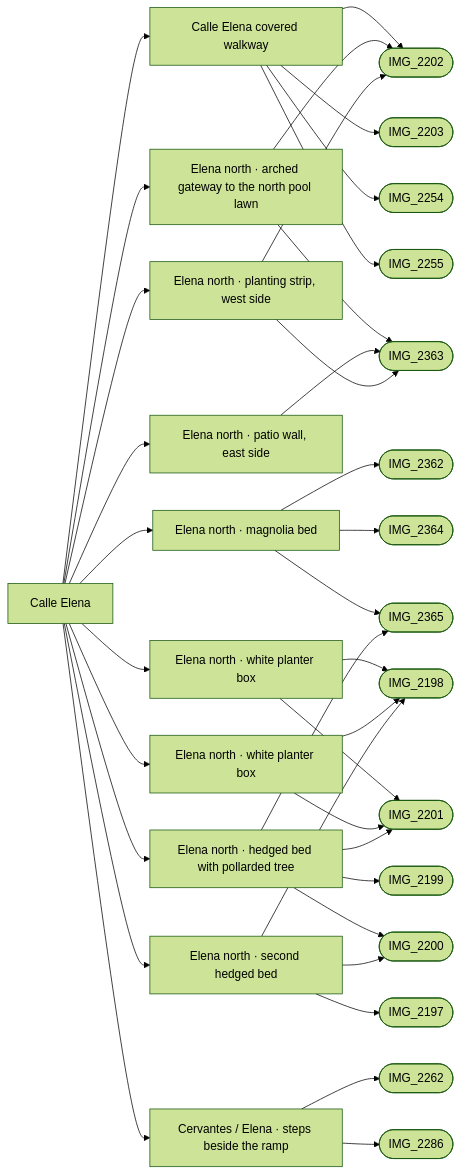
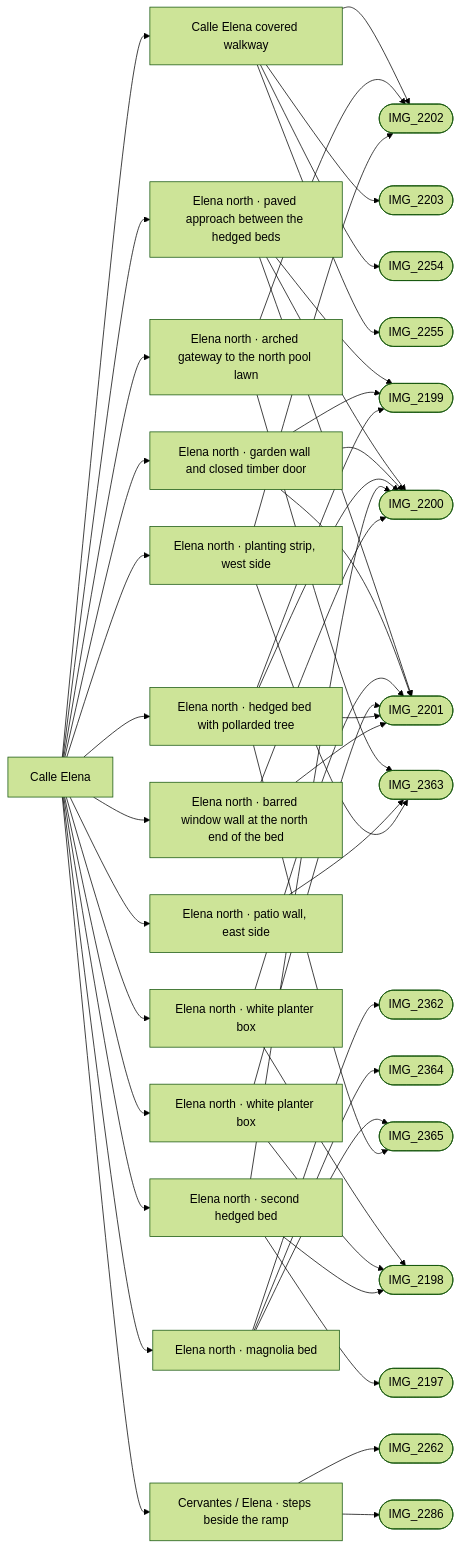
Before and after one commit to daveyboyc/villacana-venture: the diagram in refs/areas/elena.md, drawn with Mermaid (forest theme). The commit also changed other lines of this file and 16 other files, not shown here.

Commit message:
feat: add photo-backed Elena garden door approach

````diff
--- a/refs/areas/elena.md
+++ b/refs/areas/elena.md
@@ -42,39 +43,50 @@
 ```mermaid
 graph LR
   A["Calle Elena"]
   A --> F0["Calle Elena covered walkway"]
   F0 --> PIMG_2202_jpg(["IMG_2202"])
   F0 --> PIMG_2203_jpg(["IMG_2203"])
   F0 --> PIMG_2254_jpg(["IMG_2254"])
   F0 --> PIMG_2255_jpg(["IMG_2255"])
-  A --> F1["Elena north · arched gateway to the north pool lawn"]
-  F1 --> PIMG_2202_jpg(["IMG_2202"])
-  F1 --> PIMG_2363_jpg(["IMG_2363"])
-  A --> F2["Elena north · magnolia bed"]
-  F2 --> PIMG_2362_jpg(["IMG_2362"])
-  F2 --> PIMG_2364_jpg(["IMG_2364"])
-  F2 --> PIMG_2365_jpg(["IMG_2365"])
-  A --> F3["Elena north · patio wall, east side"]
+  A --> F1["Elena north · paved approach between the hedged beds"]
+  F1 --> PIMG_2199_jpg(["IMG_2199"])
+  F1 --> PIMG_2200_jpg(["IMG_2200"])
+  F1 --> PIMG_2201_jpg(["IMG_2201"])
+  A --> F2["Elena north · garden wall and closed timber door"]
+  F2 --> PIMG_2199_jpg(["IMG_2199"])
+  F2 --> PIMG_2200_jpg(["IMG_2200"])
+  F2 --> PIMG_2201_jpg(["IMG_2201"])
+  A --> F3["Elena north · arched gateway to the north pool lawn"]
+  F3 --> PIMG_2202_jpg(["IMG_2202"])
   F3 --> PIMG_2363_jpg(["IMG_2363"])
-  A --> F4["Elena north · white planter box"]
-  F4 --> PIMG_2198_jpg(["IMG_2198"])
-  F4 --> PIMG_2201_jpg(["IMG_2201"])
-  A --> F5["Elena north · white planter box"]
-  F5 --> PIMG_2198_jpg(["IMG_2198"])
-  F5 --> PIMG_2201_jpg(["IMG_2201"])
-  A --> F6["Elena north · planting strip, west side"]
-  F6 --> PIMG_2202_jpg(["IMG_2202"])
-  F6 --> PIMG_2363_jpg(["IMG_2363"])
-  A --> F7["Elena north · hedged bed with pollarded tree"]
-  F7 --> PIMG_2199_jpg(["IMG_2199"])
-  F7 --> PIMG_2200_jpg(["IMG_2200"])
+  A --> F4["Elena north · magnolia bed"]
+  F4 --> PIMG_2362_jpg(["IMG_2362"])
+  F4 --> PIMG_2364_jpg(["IMG_2364"])
+  F4 --> PIMG_2365_jpg(["IMG_2365"])
+  A --> F5["Elena north · patio wall, east side"]
+  F5 --> PIMG_2363_jpg(["IMG_2363"])
+  A --> F6["Elena north · white planter box"]
+  F6 --> PIMG_2198_jpg(["IMG_2198"])
+  F6 --> PIMG_2201_jpg(["IMG_2201"])
+  A --> F7["Elena north · white planter box"]
+  F7 --> PIMG_2198_jpg(["IMG_2198"])
   F7 --> PIMG_2201_jpg(["IMG_2201"])
-  F7 --> PIMG_2365_jpg(["IMG_2365"])
-  A --> F8["Elena north · second hedged bed"]
-  F8 --> PIMG_2197_jpg(["IMG_2197"])
-  F8 --> PIMG_2198_jpg(["IMG_2198"])
-  F8 --> PIMG_2200_jpg(["IMG_2200"])
-  A --> F9["Cervantes / Elena · steps beside the ramp"]
-  F9 --> PIMG_2262_jpg(["IMG_2262"])
-  F9 --> PIMG_2286_jpg(["IMG_2286"])
+  A --> F8["Elena north · planting strip, west side"]
+  F8 --> PIMG_2202_jpg(["IMG_2202"])
+  F8 --> PIMG_2363_jpg(["IMG_2363"])
+  A --> F9["Elena north · hedged bed with pollarded tree"]
+  F9 --> PIMG_2199_jpg(["IMG_2199"])
+  F9 --> PIMG_2200_jpg(["IMG_2200"])
+  F9 --> PIMG_2201_jpg(["IMG_2201"])
+  F9 --> PIMG_2365_jpg(["IMG_2365"])
+  A --> F10["Elena north · second hedged bed"]
+  F10 --> PIMG_2197_jpg(["IMG_2197"])
+  F10 --> PIMG_2198_jpg(["IMG_2198"])
+  F10 --> PIMG_2200_jpg(["IMG_2200"])
+  A --> F11["Elena north · barred window wall at the north end of the bed"]
+  F11 --> PIMG_2200_jpg(["IMG_2200"])
+  F11 --> PIMG_2201_jpg(["IMG_2201"])
+  A --> F12["Cervantes / Elena · steps beside the ramp"]
+  F12 --> PIMG_2262_jpg(["IMG_2262"])
+  F12 --> PIMG_2286_jpg(["IMG_2286"])
 ```
````
